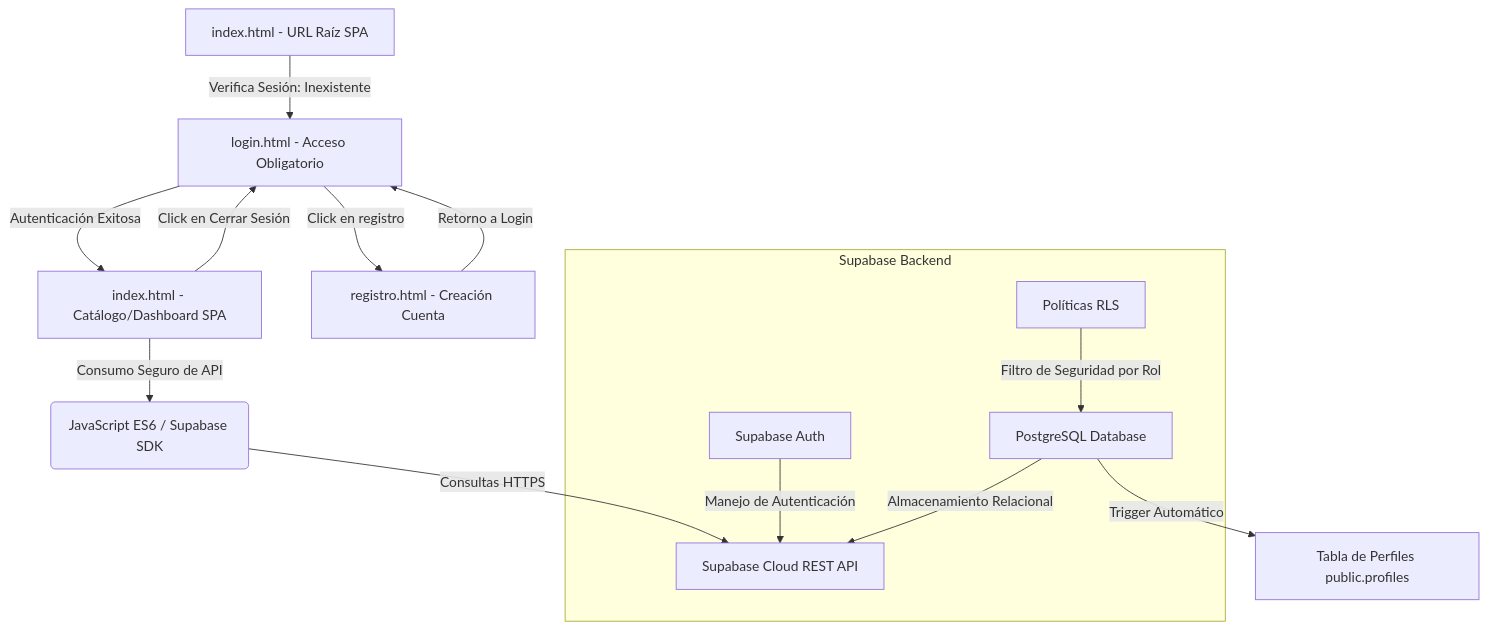
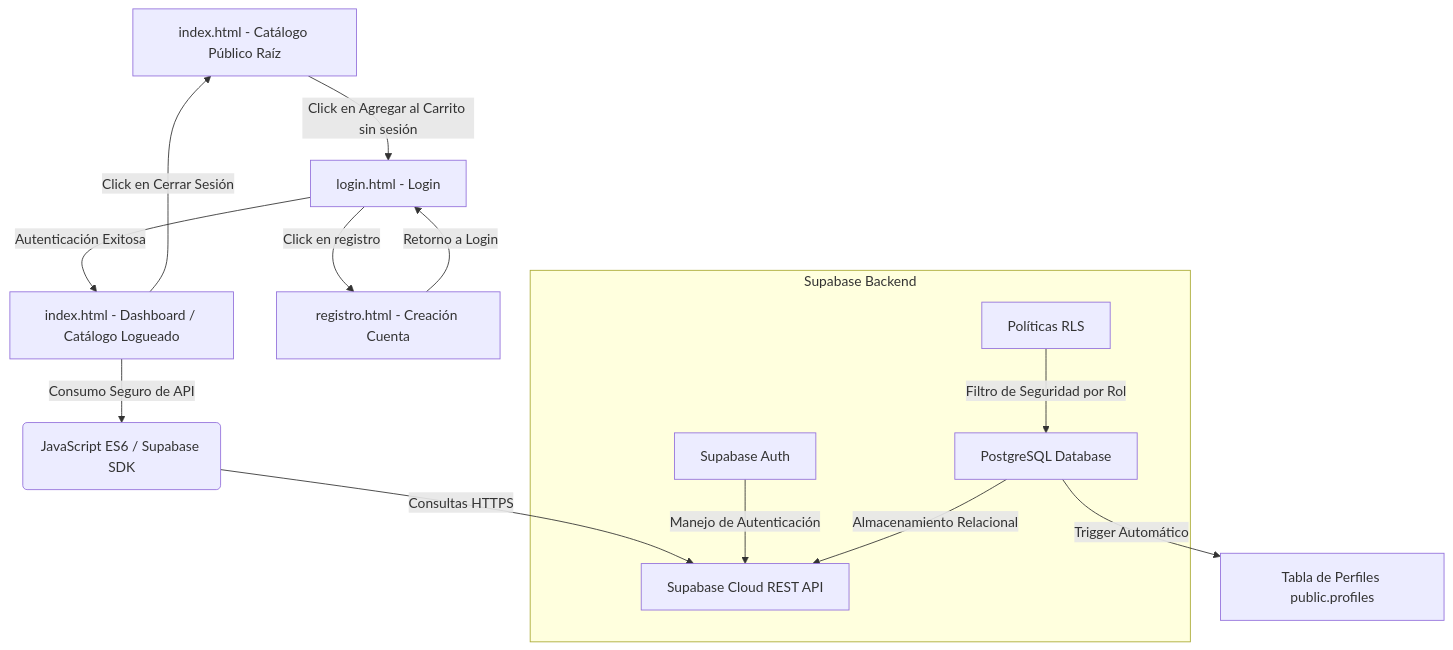
One commit to XLN-GLR/Sistema-de-Control-de-Inventario changed the diagram in README.md. Above: the diagram before and after it, drawn with Mermaid. The commit also changed 1 other file, not shown here.

Commit message:
Refactor: Restaurando catálogo público en index.html y forzando login únicamente para agregar al carrito

````diff
--- a/README.md
+++ b/README.md
@@ -26,18 +26,18 @@
 ```mermaid
 graph TD
-    Root[index.html - URL Raíz SPA] -->|Verifica Sesión: Inexistente| B[login.html - Acceso Obligatorio]
+    Root[index.html - Catálogo Público Raíz] -->|Click en Agregar al Carrito sin sesión| B[login.html - Login]
     B -->|Click en registro| C[registro.html - Creación Cuenta]
     C -->|Retorno a Login| B
-    B -->|Autenticación Exitosa| D[index.html - Catálogo/Dashboard SPA]
-    D -->|Click en Cerrar Sesión| B
+    B -->|Autenticación Exitosa| D[index.html - Dashboard / Catálogo Logueado]
+    D -->|Click en Cerrar Sesión| Root
     D -->|Consumo Seguro de API| E(JavaScript ES6 / Supabase SDK)
     E -->|Consultas HTTPS| F[Supabase Cloud REST API]
     
     subgraph Supabase Backend
         G[Supabase Auth] -->|Manejo de Autenticación| F
         H[PostgreSQL Database] -->|Almacenamiento Relacional| F
         I[Políticas RLS] -->|Filtro de Seguridad por Rol| H
     end
 
     H -->|Trigger Automático| J[Tabla de Perfiles public.profiles]
 ```
````
